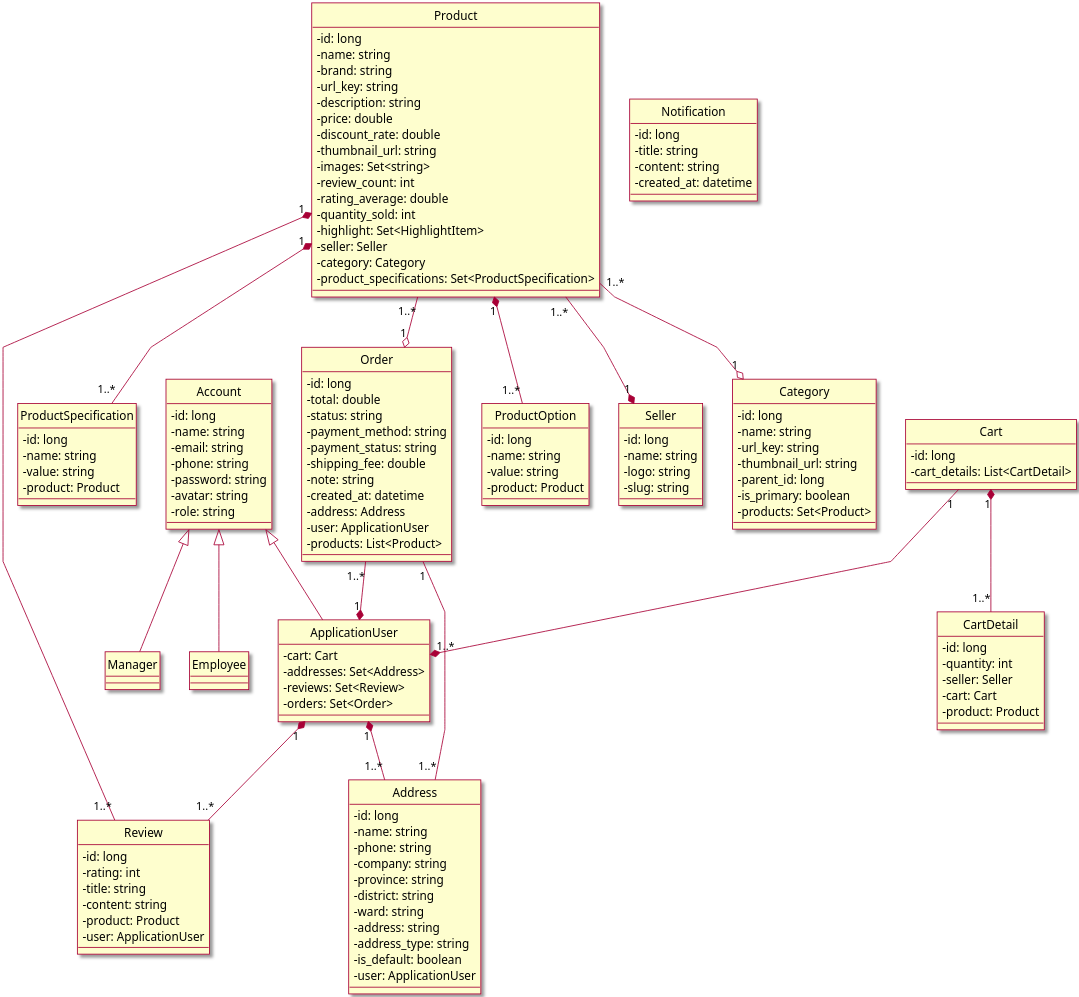
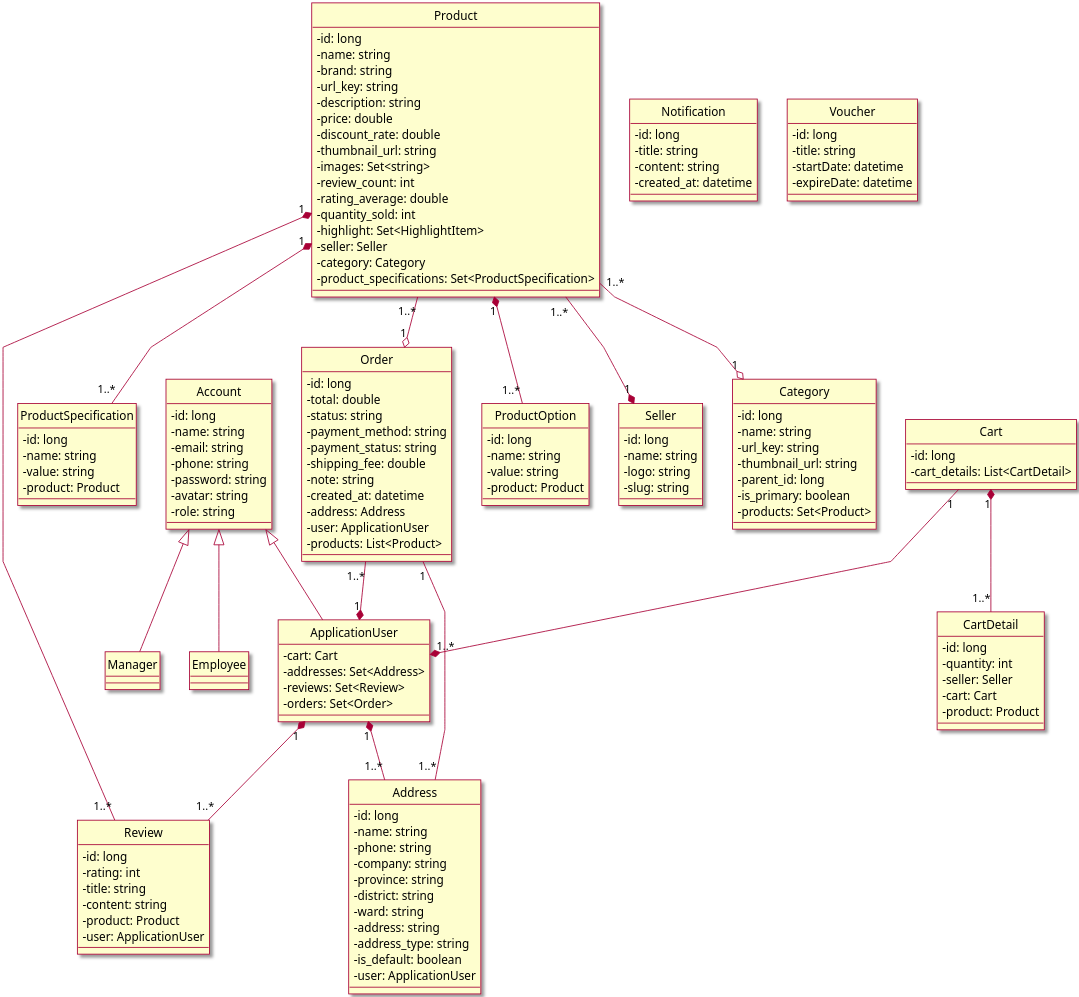
One commit to Marowota/ecommerce-plantuml changed the diagram in Class/ClassDiagram.puml. Above: the diagram before and after it, drawn with PlantUML. The commit also changed 10 other files, not shown here.

```diff
--- a/Class/ClassDiagram.puml
+++ b/Class/ClassDiagram.puml
@@ -1,174 +1,181 @@
 @startuml Class Diagram
 
 skin rose
 skinparam classAttributeIconSize 0
 ' skinparam linetype ortho
 skinparam linetype polyline
 hide circle
 scale 3
 
 ' Product
 class Product{
     - id: long
     - name: string
     - brand: string
     - url_key: string
     - description: string
     - price: double
     - discount_rate: double
     - thumbnail_url: string
     - images: Set<string>
     - review_count: int
     - rating_average: double
     - quantity_sold: int
     - highlight: Set<HighlightItem>
     - seller: Seller
     - category: Category
     - product_specifications: Set<ProductSpecification>
 }
 
 
 class ProductSpecification{
     - id: long
     - name: string
     - value: string
     - product: Product
 }
 
 class ProductOption{
     - id: long
     - name: string
     - value: string
     - product: Product
 }
 
 
 class Seller{
     - id: long
     - name: string
     - logo: string
     - slug: string
 }
 
 ' Category
 class Category{
     - id: long
     - name: string
     - url_key: string
     - thumbnail_url: string
     - parent_id: long
     - is_primary: boolean
     - products: Set<Product>
 }
 
 ' Review
 class Review{
     - id: long
     - rating: int
     - title: string
     - content: string
     - product: Product
     - user: ApplicationUser
 }
 
 ' User
 class ApplicationUser{
     
     - cart: Cart
     - addresses: Set<Address>
     - reviews: Set<Review>
     - orders: Set<Order>
 }
 
 
 class Account{
     - id: long
     - name: string
     - email: string
     - phone: string
     - password: string
     - avatar: string
     - role: string
 }
 
 class Manager{
     
 }
 
 class Employee{
     
 }
 
 class Address{
     - id: long
     - name: string
     - phone: string
     - company: string
     - province: string
     - district: string
     - ward: string
     - address: string
     - address_type: string
     - is_default: boolean
     - user: ApplicationUser
 }
 
 
 ' Cart
 class Cart{
     - id: long
     - cart_details: List<CartDetail>
 }
 
 class CartDetail{
     - id: long
     - quantity: int
     - seller: Seller
     - cart: Cart
     - product: Product
 }
 
 ' Order
 class Order{
     - id: long
     - total: double
     - status: string
     - payment_method: string
     - payment_status: string
     - shipping_fee: double
     - note: string
     - created_at: datetime
     - address: Address
     - user: ApplicationUser
     - products: List<Product>
 }
 
 ' Notification
 class Notification{
     - id: long
     - title: string
     - content: string
     - created_at: datetime
 }
 
+class Voucher{
+    - id: long
+    - title: string
+    - startDate: datetime
+    - expireDate: datetime
+}
+
 Product "1" *-- "1..*" ProductSpecification
 Product "1..* "--* "1" Seller
 Product "1" *-- "1..*" Review
 Product "1..*" --o "1" Order
 Product "1" *-- "1..*" ProductOption
 Product "1..*" --o "1" Category
 
 ApplicationUser "1" *-- "1..*" Address
 ApplicationUser "1" *-- "1..*" Review
 
 Cart "1" --* "1..*" ApplicationUser
 Cart "1" *-- "1..*" CartDetail
 
 Order "1..*" --* "1" ApplicationUser
 Order "1" -- "1..*" Address
 
 Account <|-- ApplicationUser
 Account <|-- Manager
 Account <|-- Employee
 
 @enduml
```
